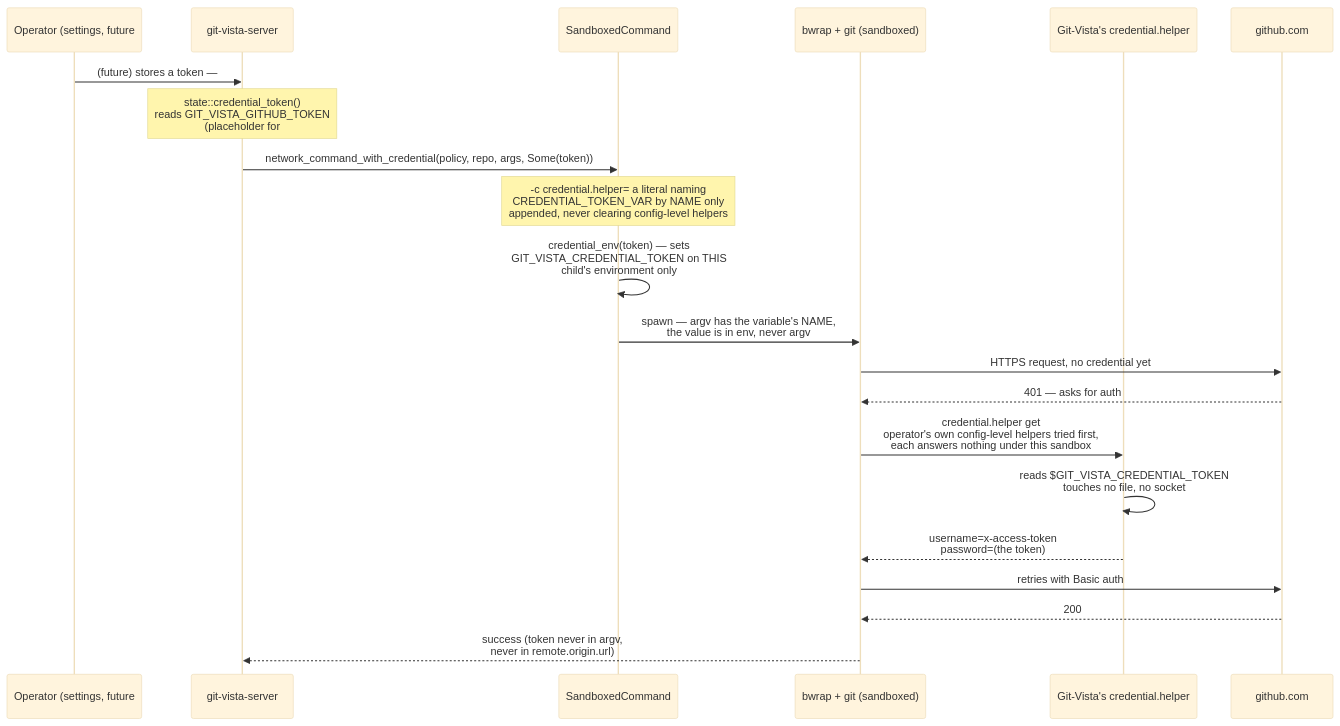
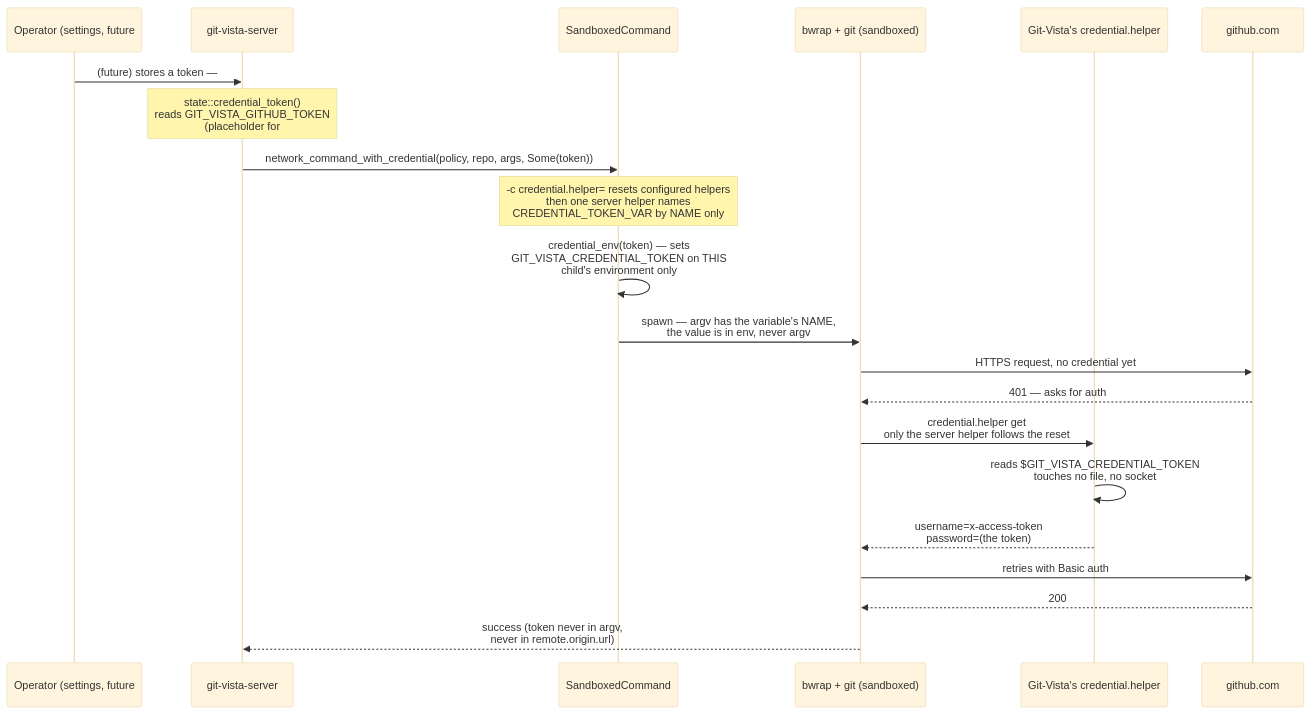
Before and after one commit to tom2025b/git-vista: the diagram in docs/adr/0122-the-token-is-a-credential-not-a-header.md, drawn with Mermaid (base theme). The commit also changed other lines of this file and 3 other files, not shown here.

First line of the commit message:
docs: align credential-helper contract with transport hardening

````diff
--- a/docs/adr/0122-the-token-is-a-credential-not-a-header.md
+++ b/docs/adr/0122-the-token-is-a-credential-not-a-header.md
@@ -59,24 +61,24 @@
 ```mermaid
 sequenceDiagram
     participant Op as Operator (settings, future #584)
     participant Srv as git-vista-server
     participant Cmd as SandboxedCommand
     participant Sh as bwrap + git (sandboxed)
     participant Helper as Git-Vista's credential.helper
     participant GH as github.com
 
     Op->>Srv: (future) stores a token — #583
     Note over Srv: state::credential_token()<br/>reads GIT_VISTA_GITHUB_TOKEN<br/>(placeholder for #583's real store)
     Srv->>Cmd: network_command_with_credential(policy, repo, args, Some(token))
-    Note over Cmd: -c credential.helper= a literal naming<br/>CREDENTIAL_TOKEN_VAR by NAME only<br/>appended, never clearing config-level helpers
+    Note over Cmd: -c credential.helper= resets configured helpers<br/>then one server helper names<br/>CREDENTIAL_TOKEN_VAR by NAME only
     Cmd->>Cmd: credential_env(token) — sets<br/>GIT_VISTA_CREDENTIAL_TOKEN on THIS<br/>child's environment only
     Cmd->>Sh: spawn — argv has the variable's NAME,<br/>the value is in env, never argv
     Sh->>GH: HTTPS request, no credential yet
     GH-->>Sh: 401 — asks for auth
-    Sh->>Helper: credential.helper get<br/>operator's own config-level helpers tried first,<br/>each answers nothing under this sandbox
+    Sh->>Helper: credential.helper get<br/>only the server helper follows the reset
     Helper->>Helper: reads $GIT_VISTA_CREDENTIAL_TOKEN<br/>touches no file, no socket
     Helper-->>Sh: username=x-access-token<br/>password=(the token)
     Sh->>GH: retries with Basic auth
     GH-->>Sh: 200
     Sh-->>Srv: success (token never in argv,<br/>never in remote.origin.url)
 ```
````
